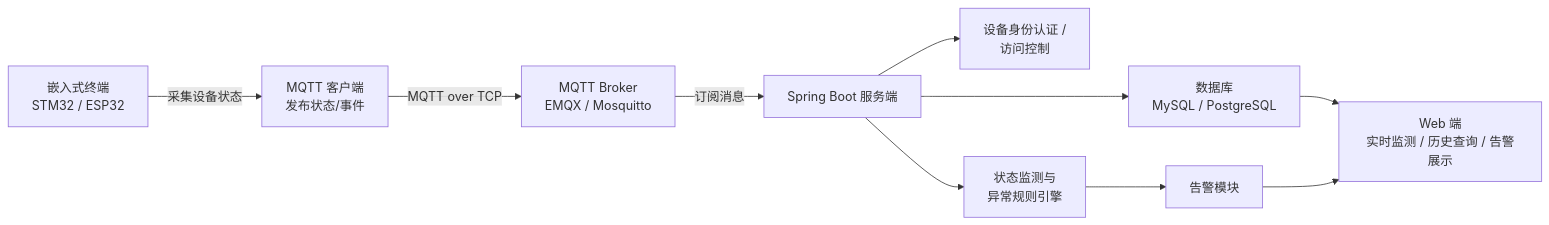
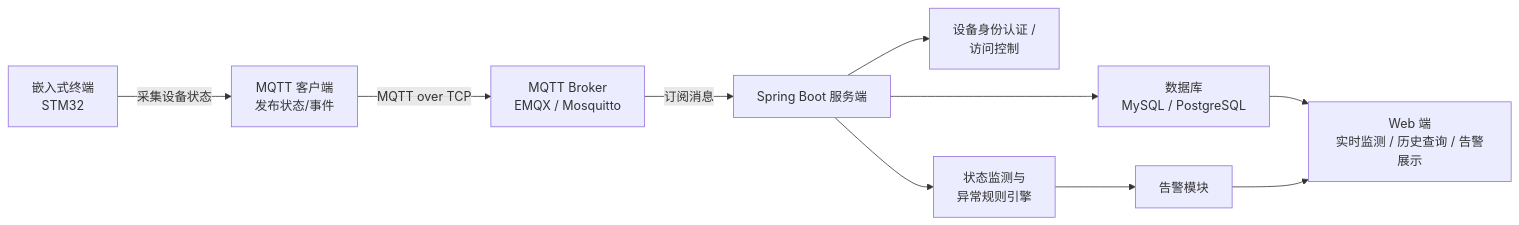
The diagram in docs/01-topic/technical_route.md (vbvnc/iot-device-monitoring), drawn with Mermaid before and after one commit. The commit also changed other lines of this file and 3 other files, not shown here.

Commit message:
docs: lock tech stack (STM32 + MQTT/EMQX + MySQL)

````diff
--- a/docs/01-topic/technical_route.md
+++ b/docs/01-topic/technical_route.md
@@ -5,12 +5,12 @@
 ```mermaid
 flowchart LR
-    A["嵌入式终端<br/>STM32 / ESP32"] -->|"采集设备状态"| B["MQTT 客户端<br/>发布状态/事件"]
+    A["嵌入式终端<br/>STM32"] -->|"采集设备状态"| B["MQTT 客户端<br/>发布状态/事件"]
     B -->|"MQTT over TCP"| C["MQTT Broker<br/>EMQX / Mosquitto"]
     C -->|"订阅消息"| D["Spring Boot 服务端"]
     D --> E["设备身份认证 /<br/>访问控制"]
     D --> F["状态监测与<br/>异常规则引擎"]
     D --> G["数据库<br/>MySQL / PostgreSQL"]
     F --> H["告警模块"]
     G --> I["Web 端<br/>实时监测 / 历史查询 / 告警展示"]
     H --> I
 ```
````
